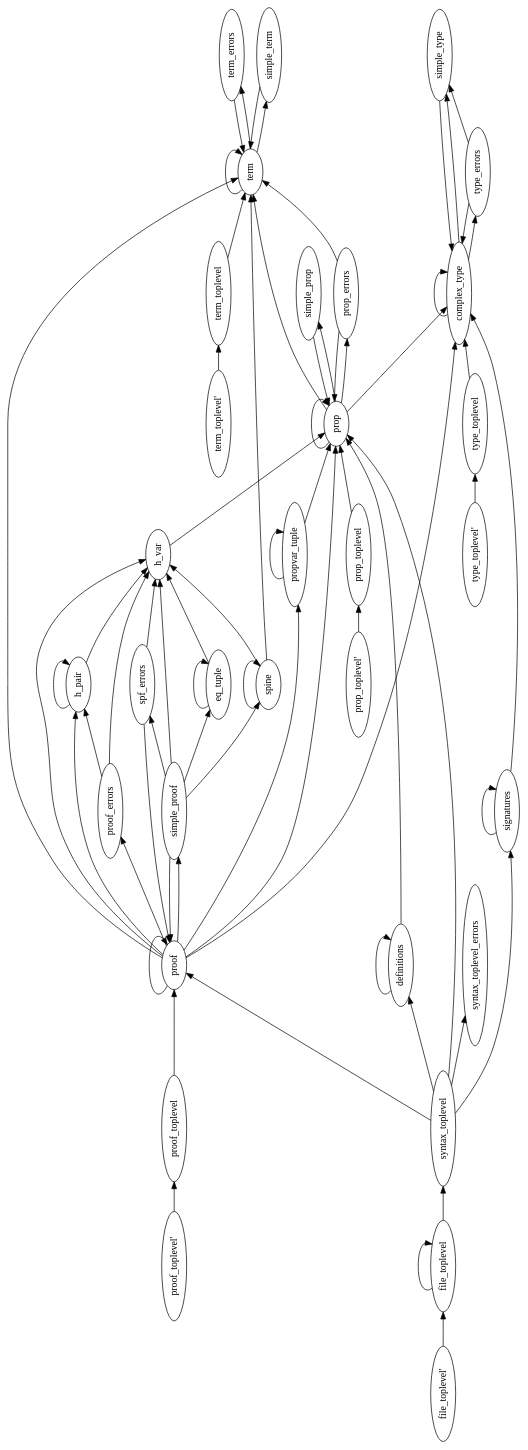
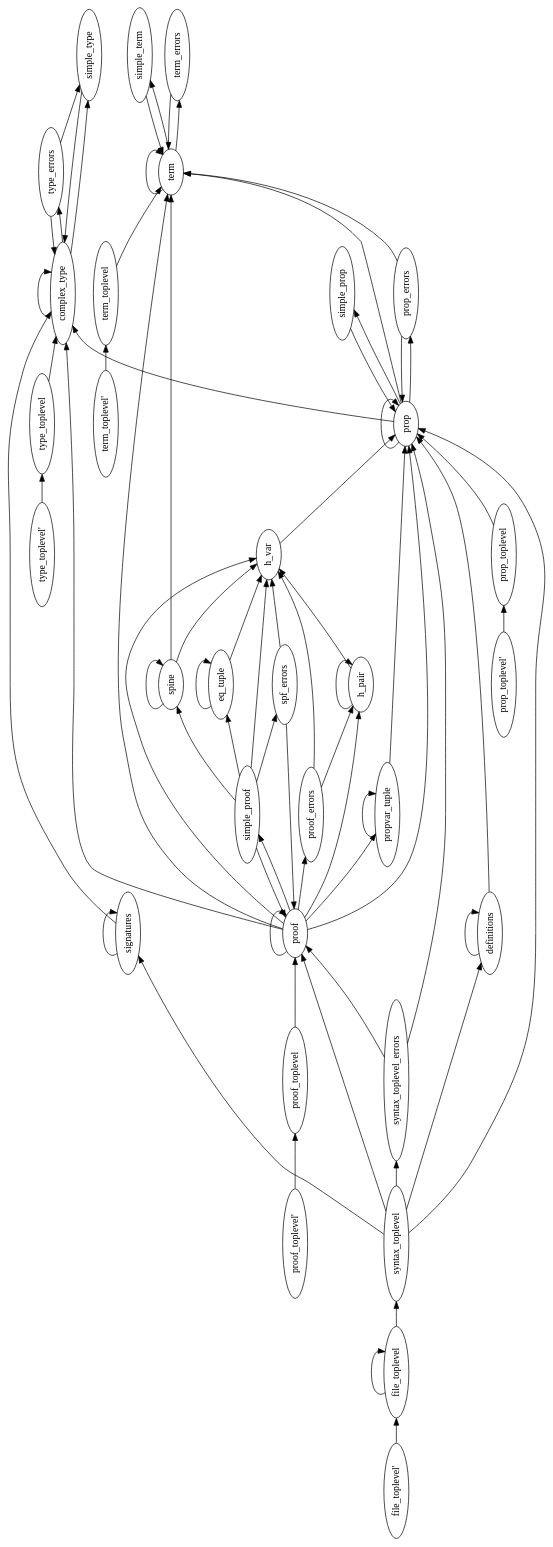
Before and after one commit to LaifsV1/YUP: the diagram in src/parser/Parser.dot, drawn with Graphviz. The commit also changed 11 other files, not shown here.

```diff
--- a/src/parser/Parser.dot
+++ b/src/parser/Parser.dot
@@ -1,105 +1,107 @@
 digraph G {
 orientation = landscape;
 rankdir = LR;
 ratio = compress;
 nt0 [ label="type_toplevel'" ] ;
 nt1 [ label="term_toplevel'" ] ;
 nt2 [ label="prop_toplevel'" ] ;
 nt3 [ label="proof_toplevel'" ] ;
 nt4 [ label="file_toplevel'" ] ;
 nt5 [ label="type_toplevel" ] ;
 nt6 [ label="type_errors" ] ;
 nt7 [ label="term_toplevel" ] ;
 nt8 [ label="term_errors" ] ;
 nt9 [ label="term" ] ;
 nt10 [ label="syntax_toplevel_errors" ] ;
 nt11 [ label="syntax_toplevel" ] ;
 nt12 [ label="spine" ] ;
 nt13 [ label="spf_errors" ] ;
 nt14 [ label="simple_type" ] ;
 nt15 [ label="simple_term" ] ;
 nt16 [ label="simple_prop" ] ;
 nt17 [ label="simple_proof" ] ;
 nt18 [ label="signatures" ] ;
 nt19 [ label="propvar_tuple" ] ;
 nt20 [ label="prop_toplevel" ] ;
 nt21 [ label="prop_errors" ] ;
 nt22 [ label="prop" ] ;
 nt23 [ label="proof_toplevel" ] ;
 nt24 [ label="proof_errors" ] ;
 nt25 [ label="proof" ] ;
 nt26 [ label="h_var" ] ;
 nt27 [ label="h_pair" ] ;
 nt28 [ label="file_toplevel" ] ;
 nt29 [ label="eq_tuple" ] ;
 nt30 [ label="definitions" ] ;
 nt31 [ label="complex_type" ] ;
 nt0 -> nt5 [ label="" ] ;
 nt1 -> nt7 [ label="" ] ;
 nt2 -> nt20 [ label="" ] ;
 nt3 -> nt23 [ label="" ] ;
 nt4 -> nt28 [ label="" ] ;
 nt5 -> nt31 [ label="" ] ;
 nt6 -> nt14 [ label="" ] ;
 nt6 -> nt31 [ label="" ] ;
 nt7 -> nt9 [ label="" ] ;
 nt8 -> nt9 [ label="" ] ;
 nt9 -> nt8 [ label="" ] ;
 nt9 -> nt9 [ label="" ] ;
 nt9 -> nt15 [ label="" ] ;
+nt10 -> nt22 [ label="" ] ;
+nt10 -> nt25 [ label="" ] ;
 nt11 -> nt10 [ label="" ] ;
 nt11 -> nt18 [ label="" ] ;
 nt11 -> nt22 [ label="" ] ;
 nt11 -> nt25 [ label="" ] ;
 nt11 -> nt30 [ label="" ] ;
 nt12 -> nt9 [ label="" ] ;
 nt12 -> nt12 [ label="" ] ;
 nt12 -> nt26 [ label="" ] ;
 nt13 -> nt25 [ label="" ] ;
 nt13 -> nt26 [ label="" ] ;
 nt14 -> nt31 [ label="" ] ;
 nt15 -> nt9 [ label="" ] ;
 nt16 -> nt22 [ label="" ] ;
 nt17 -> nt12 [ label="" ] ;
 nt17 -> nt13 [ label="" ] ;
 nt17 -> nt25 [ label="" ] ;
 nt17 -> nt26 [ label="" ] ;
 nt17 -> nt29 [ label="" ] ;
 nt18 -> nt18 [ label="" ] ;
 nt18 -> nt31 [ label="" ] ;
 nt19 -> nt19 [ label="" ] ;
 nt19 -> nt22 [ label="" ] ;
 nt20 -> nt22 [ label="" ] ;
 nt21 -> nt9 [ label="" ] ;
 nt21 -> nt22 [ label="" ] ;
 nt22 -> nt9 [ label="" ] ;
 nt22 -> nt16 [ label="" ] ;
 nt22 -> nt21 [ label="" ] ;
 nt22 -> nt22 [ label="" ] ;
 nt22 -> nt31 [ label="" ] ;
 nt23 -> nt25 [ label="" ] ;
 nt24 -> nt26 [ label="" ] ;
 nt24 -> nt27 [ label="" ] ;
 nt25 -> nt9 [ label="" ] ;
 nt25 -> nt17 [ label="" ] ;
 nt25 -> nt19 [ label="" ] ;
 nt25 -> nt22 [ label="" ] ;
 nt25 -> nt24 [ label="" ] ;
 nt25 -> nt25 [ label="" ] ;
 nt25 -> nt26 [ label="" ] ;
 nt25 -> nt27 [ label="" ] ;
 nt25 -> nt31 [ label="" ] ;
 nt26 -> nt22 [ label="" ] ;
 nt27 -> nt26 [ label="" ] ;
 nt27 -> nt27 [ label="" ] ;
 nt28 -> nt11 [ label="" ] ;
 nt28 -> nt28 [ label="" ] ;
 nt29 -> nt26 [ label="" ] ;
 nt29 -> nt29 [ label="" ] ;
 nt30 -> nt22 [ label="" ] ;
 nt30 -> nt30 [ label="" ] ;
 nt31 -> nt6 [ label="" ] ;
 nt31 -> nt14 [ label="" ] ;
 nt31 -> nt31 [ label="" ] ;
 
 }
```
